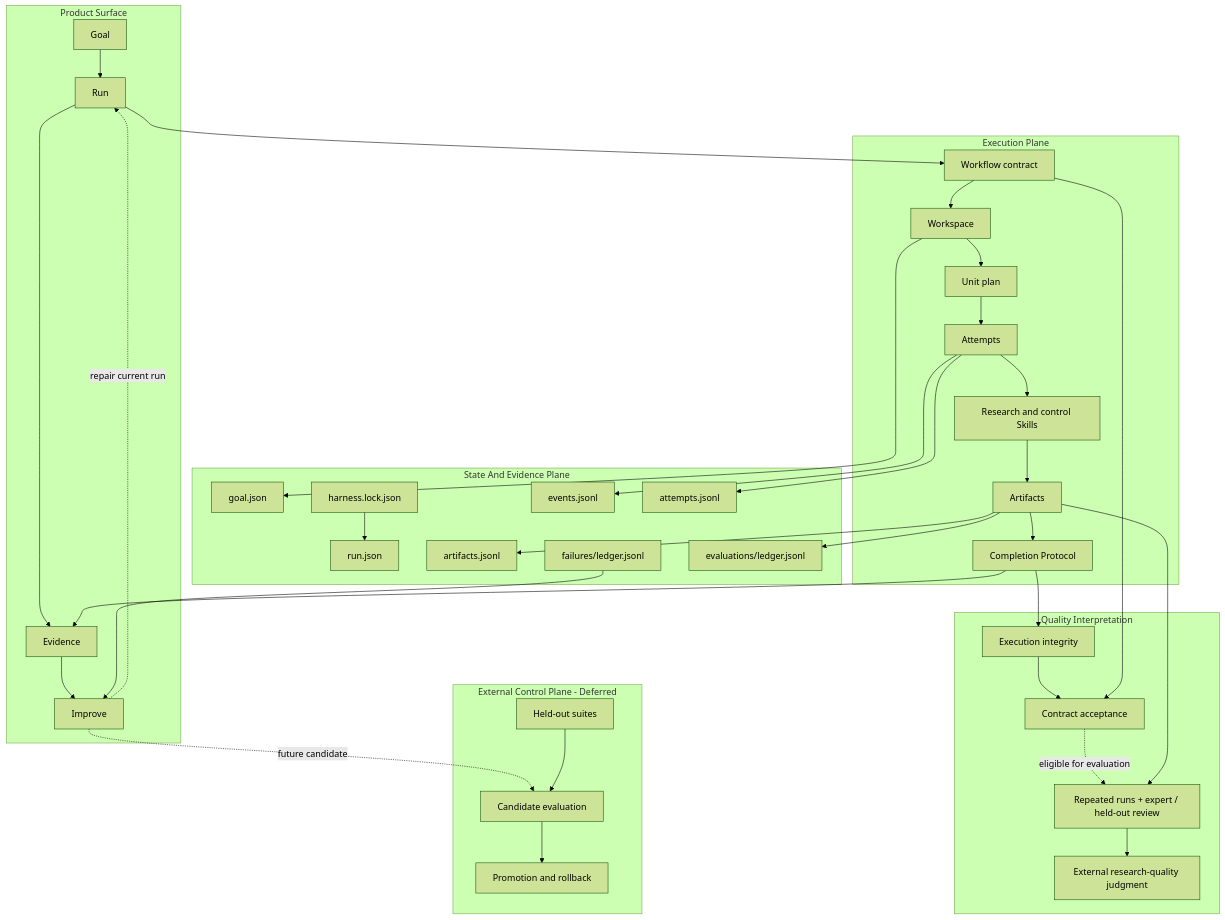
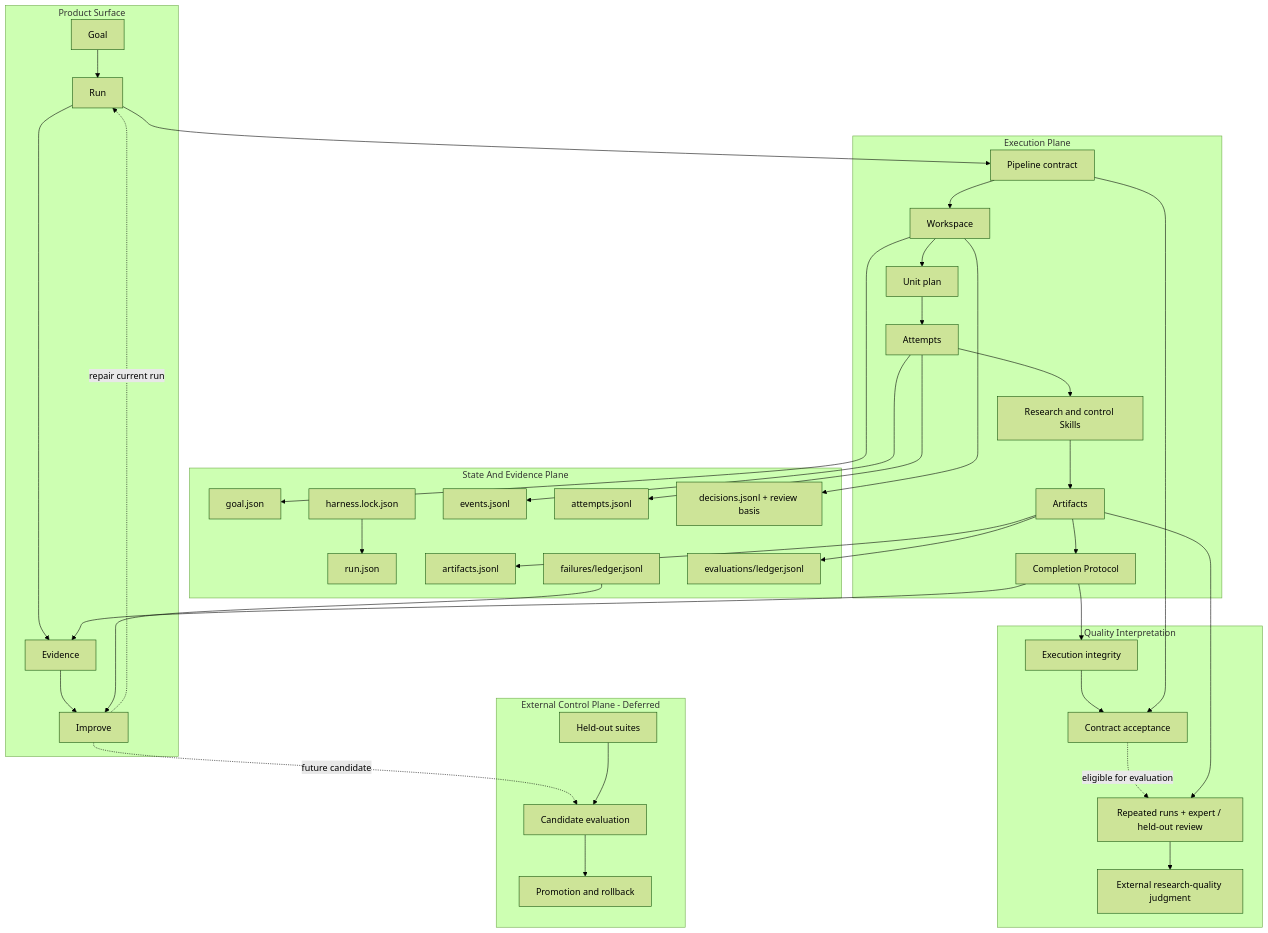
One commit to WILLOSCAR/research-units-pipeline-skills changed the diagram in docs/AUTO_RESEARCH_DESIGN_SYSTEM.md. Above: the diagram before and after it, drawn with Mermaid (forest theme). The commit also changed other lines of this file and 64 other files, not shown here.

````diff
--- a/docs/AUTO_RESEARCH_DESIGN_SYSTEM.md
+++ b/docs/AUTO_RESEARCH_DESIGN_SYSTEM.md
@@ -67,57 +67,59 @@
 ```mermaid
 flowchart TB
     subgraph Product["Product Surface"]
         G["Goal"] --> R["Run"] --> E["Evidence"] --> I["Improve"]
         I -. "repair current run" .-> R
     end
 
     subgraph Execution["Execution Plane"]
-        WF["Workflow contract"] --> WS["Workspace"]
+        WF["Pipeline contract"] --> WS["Workspace"]
         WS --> U["Unit plan"]
         U --> AT["Attempts"]
         AT --> SK["Research and control Skills"]
         SK --> AR["Artifacts"]
         AR --> CP["Completion Protocol"]
     end
 
     subgraph State["State And Evidence Plane"]
         GS["goal.json"]
         RS["run.json"]
         HL["harness.lock.json"]
         EV["events.jsonl"]
         AP["attempts.jsonl"]
+        DS["decisions.jsonl + review basis"]
         AF["artifacts.jsonl"]
         FL["failures/ledger.jsonl"]
         EL["evaluations/ledger.jsonl"]
     end
 
     subgraph Quality["Quality Interpretation"]
         Q1["Execution integrity"]
         Q2["Contract acceptance"]
         XR["Repeated runs + expert / held-out review"]
         Q3["External research-quality judgment"]
         Q1 --> Q2
         Q2 -. "eligible for evaluation" .-> XR --> Q3
     end
 
     subgraph Control["External Control Plane - Deferred"]
         CE["Candidate evaluation"]
         HE["Held-out suites"]
         PR["Promotion and rollback"]
     end
 
     R --> WF
     CP --> E
     WS --> GS
     AT --> EV
     AT --> AP
+    WS --> DS
     AR --> AF
     AR --> EL
     HL --> RS
     CP --> Q1
     WF --> Q2
     AR --> XR
     FL --> I
     I -. "future candidate" .-> CE
     HE --> CE --> PR
 ```
````
